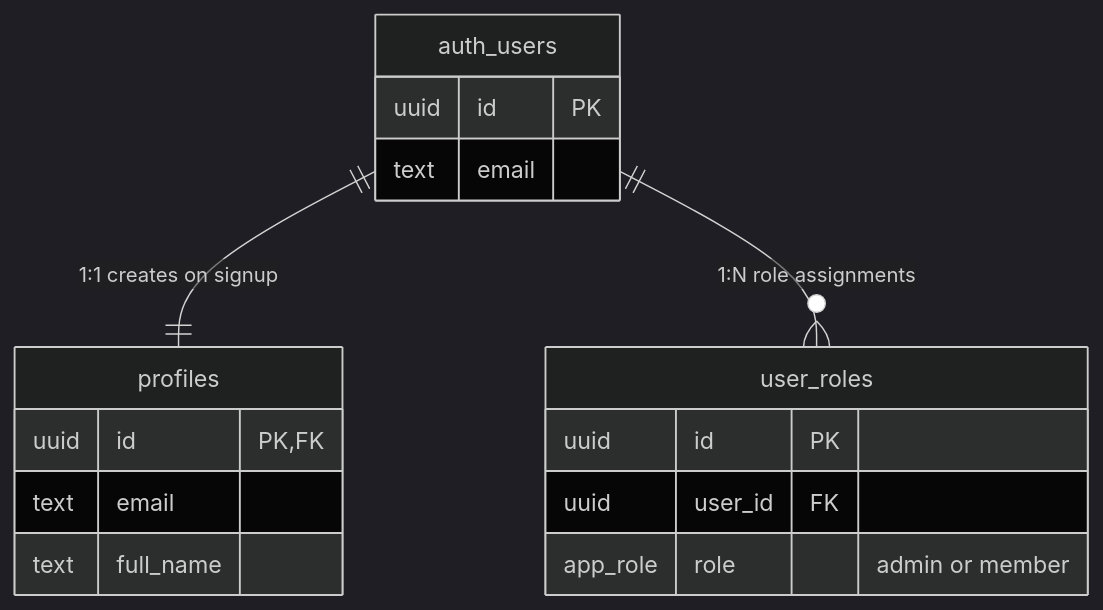
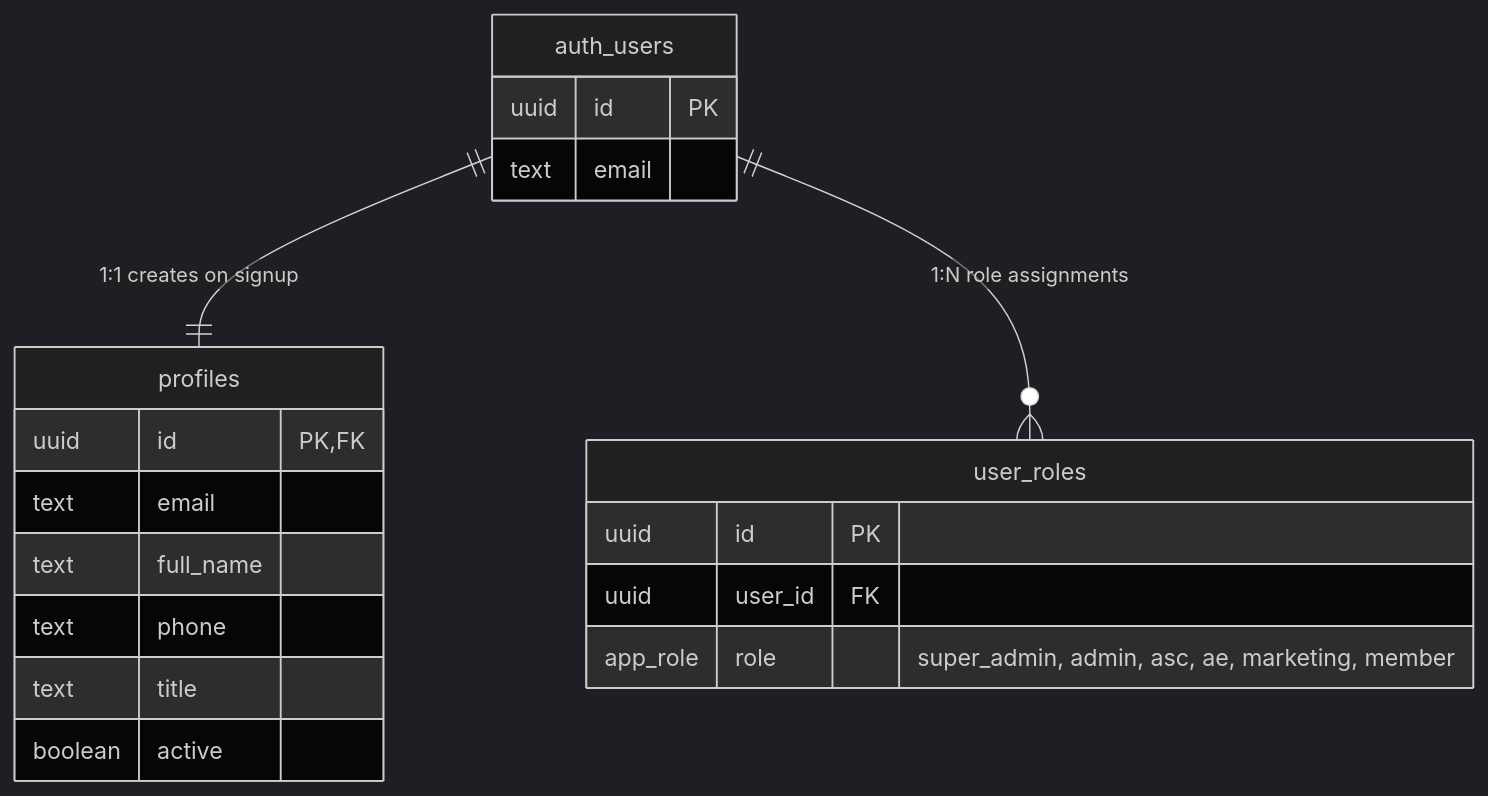
The second of 13 diagrams in docs/erd.md (Centervert/Published_ERP), drawn with Mermaid (dark theme) before and after one commit. The commit also changed other lines of this file and 1 other file, not shown here.

````diff
--- a/docs/erd.md
+++ b/docs/erd.md
@@ -253,22 +513,25 @@
 ```mermaid
 erDiagram
     auth_users ||--|| profiles : "1:1 creates on signup"
     auth_users ||--o{ user_roles : "1:N role assignments"
     
     auth_users {
         uuid id PK
         text email
     }
     
     profiles {
         uuid id PK,FK
         text email
         text full_name
+        text phone
+        text title
+        boolean active
     }
     
     user_roles {
         uuid id PK
         uuid user_id FK
-        app_role role "admin or member"
+        app_role role "super_admin, admin, asc, ae, marketing, member"
     }
 ```
````
